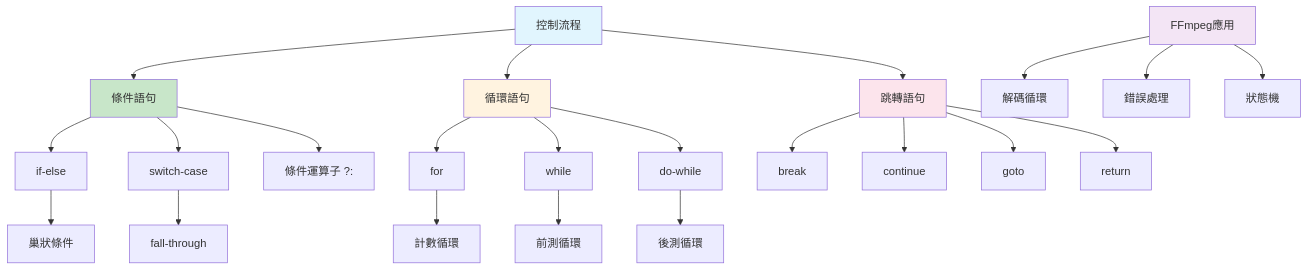
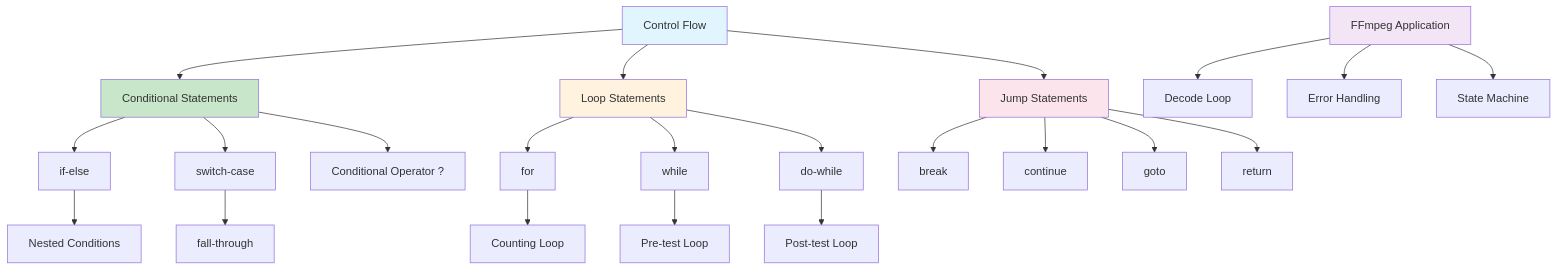
The diagram in c/lesson-03-control/README.md (marcobibichan/bibichan-Android-Playground), drawn with Mermaid before and after one commit. The commit also changed other lines of this file and 18 other files, not shown here.

````diff
--- a/c/lesson-03-control/README.md
+++ b/c/lesson-03-control/README.md
@@ -34,36 +34,36 @@
 ```mermaid
 graph TD
-    A[控制流程] --> B[條件語句]
-    A --> C[循環語句]
-    A --> D[跳轉語句]
+    A[Control Flow] --> B[Conditional Statements]
+    A --> C[Loop Statements]
+    A --> D[Jump Statements]
 
     B --> E[if-else]
     B --> F[switch-case]
-    B --> G[條件運算子 ?:]
+    B --> G[Conditional Operator ?]
 
     C --> H[for]
     C --> I[while]
     C --> J[do-while]
 
     D --> K[break]
     D --> L[continue]
     D --> M[goto]
     D --> N[return]
 
-    E --> O[巢狀條件]
+    E --> O[Nested Conditions]
     F --> P[fall-through]
 
-    H --> Q[計數循環]
-    I --> R[前測循環]
-    J --> S[後測循環]
+    H --> Q[Counting Loop]
+    I --> R[Pre-test Loop]
+    J --> S[Post-test Loop]
 
-    T[FFmpeg應用] --> U[解碼循環]
-    T --> V[錯誤處理]
-    T --> W[狀態機]
+    T[FFmpeg Application] --> U[Decode Loop]
+    T --> V[Error Handling]
+    T --> W[State Machine]
 
     style A fill:#e1f5fe
     style B fill:#c8e6c9
     style C fill:#fff3e0
     style D fill:#fce4ec
     style T fill:#f3e5f5
 ```
````
